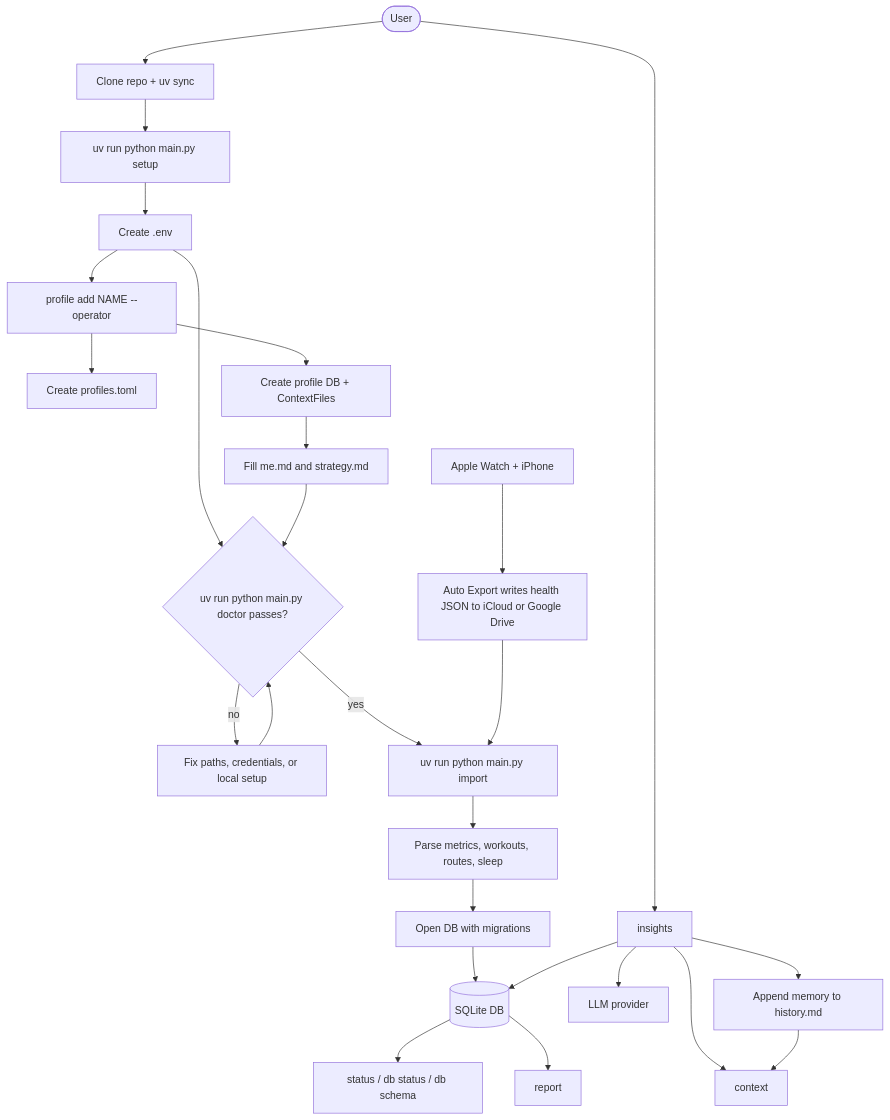
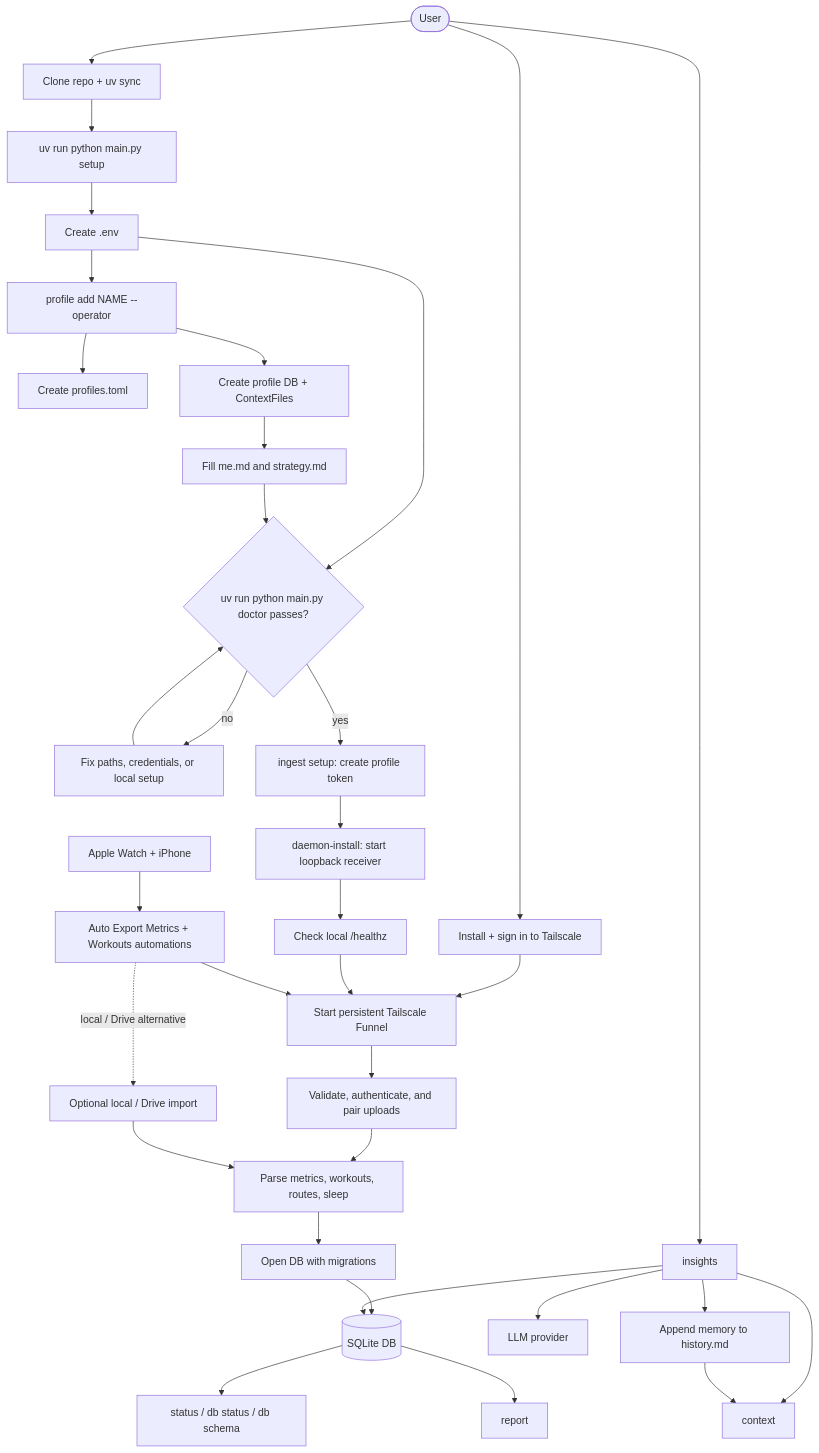
One commit to Alchemication/zdrowskit changed the third of 8 diagrams in docs/user-flow.md. Above: the diagram before and after it, drawn with Mermaid. The commit also changed other lines of this file and 25 other files, not shown here.

First line of the commit message:
Add authenticated Auto Export HTTP ingestion

````diff
--- a/docs/user-flow.md
+++ b/docs/user-flow.md
@@ -98,50 +105,64 @@
 ```mermaid
 flowchart TD
     user([User])
     clone["Clone repo + uv sync"]
     setup["uv run python main.py setup"]
     env["Create .env"]
     addProfile["profile add NAME --operator"]
     roster["Create profiles.toml"]
     tree["Create profile DB + ContextFiles"]
     editContext["Fill me.md and strategy.md"]
+    tailscale["Install + sign in to Tailscale"]
     doctor{"uv run python main.py doctor passes?"}
     fixConfig["Fix paths, credentials, or local setup"]
+    ingestSetup["ingest setup: create profile token"]
+    daemonInstall["daemon-install: start loopback receiver"]
+    localHealth["Check local /healthz"]
+    funnel["Start persistent Tailscale Funnel"]
     apple["Apple Watch + iPhone"]
-    autoExport["Auto Export writes health JSON to iCloud or Google Drive"]
-    importCmd["uv run python main.py import"]
+    autoExport["Auto Export Metrics + Workouts automations"]
+    receiver["Validate, authenticate, and pair uploads"]
+    cloudImport["Optional local / Drive import"]
     parse["Parse metrics, workouts, routes, sleep"]
     migrate["Open DB with migrations"]
     db[(SQLite DB)]
     status["status / db status / db schema"]
     report["report"]
     insights["insights"]
     llm["LLM provider"]
     memory["Append memory to history.md"]
 
     user --> clone
     clone --> setup
     setup --> env
+    user --> tailscale
     env --> addProfile
     addProfile --> roster
     addProfile --> tree
     tree --> editContext
     env --> doctor
     editContext --> doctor
     doctor -- no --> fixConfig
     fixConfig --> doctor
-    doctor -- yes --> importCmd
+    doctor -- yes --> ingestSetup
+    ingestSetup --> daemonInstall
+    daemonInstall --> localHealth
+    tailscale --> funnel
+    localHealth --> funnel
     apple --> autoExport
-    autoExport --> importCmd
-    importCmd --> parse
+    autoExport --> funnel
+    funnel --> receiver
+    receiver --> parse
+    autoExport -. local / Drive alternative .-> cloudImport
+    cloudImport --> parse
     parse --> migrate
     migrate --> db
     db --> status
     db --> report
     user --> insights
     insights --> db
     insights --> context
     insights --> llm
     insights --> memory
     memory --> context
 ```
````
